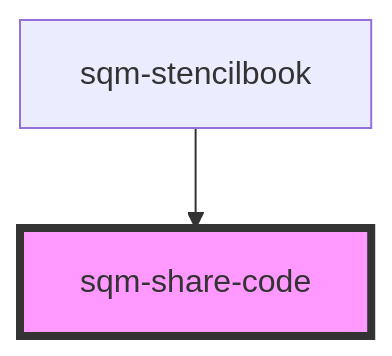
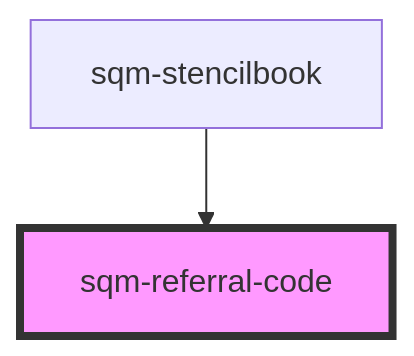
The diagram in packages/mint-components/src/components/sqm-referral-code/readme.md (saasquatch/program-tools), drawn with Mermaid before and after one commit. The commit also changed other lines of this file and 11 other files, not shown here.

````diff
--- a/packages/mint-components/src/components/sqm-referral-code/readme.md
+++ b/packages/mint-components/src/components/sqm-referral-code/readme.md
@@ -26,5 +28,5 @@
 ```mermaid
 graph TD;
-  sqm-stencilbook --> sqm-share-code
-  style sqm-share-code fill:#f9f,stroke:#333,stroke-width:4px
+  sqm-stencilbook --> sqm-referral-code
+  style sqm-referral-code fill:#f9f,stroke:#333,stroke-width:4px
 ```
````
